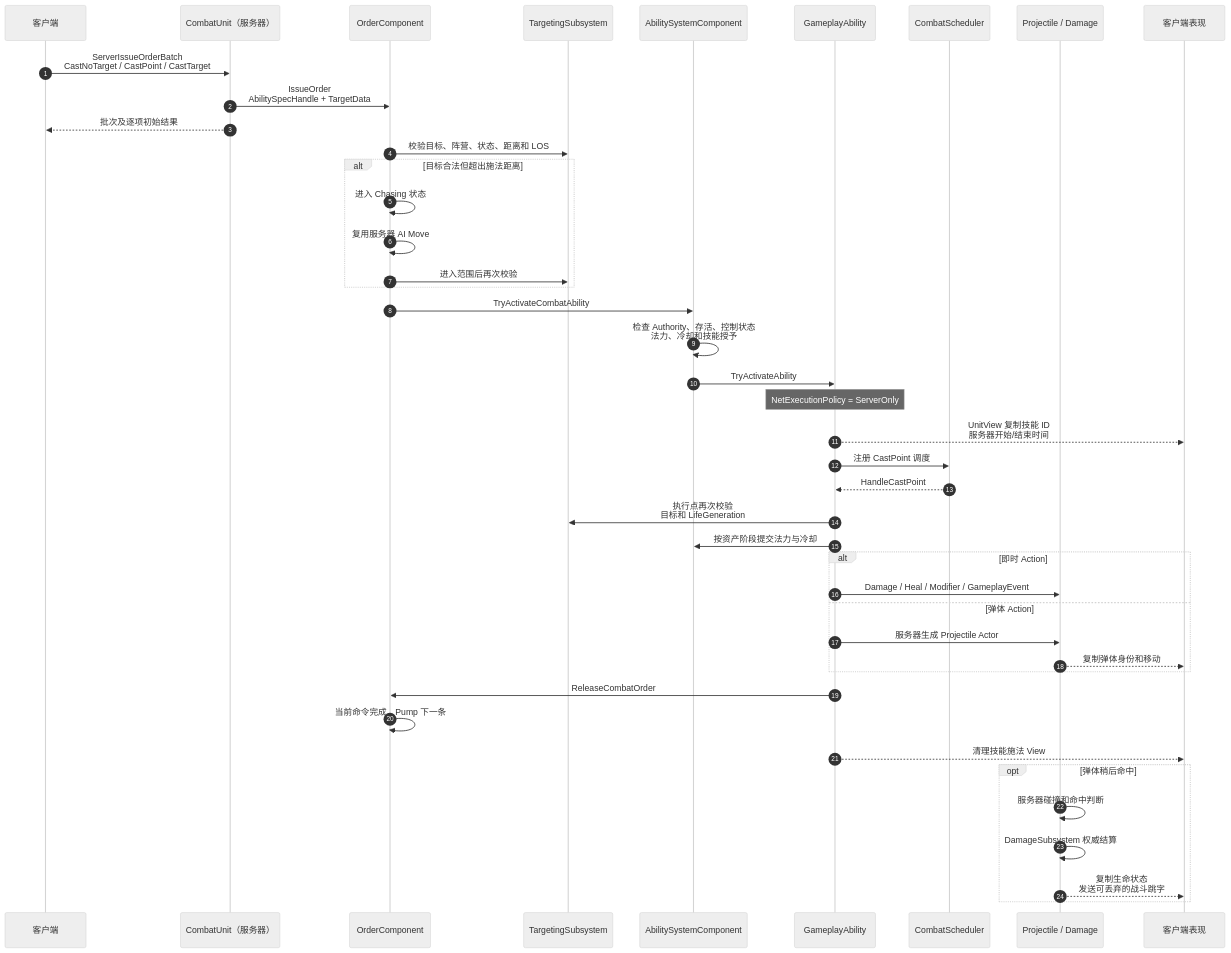
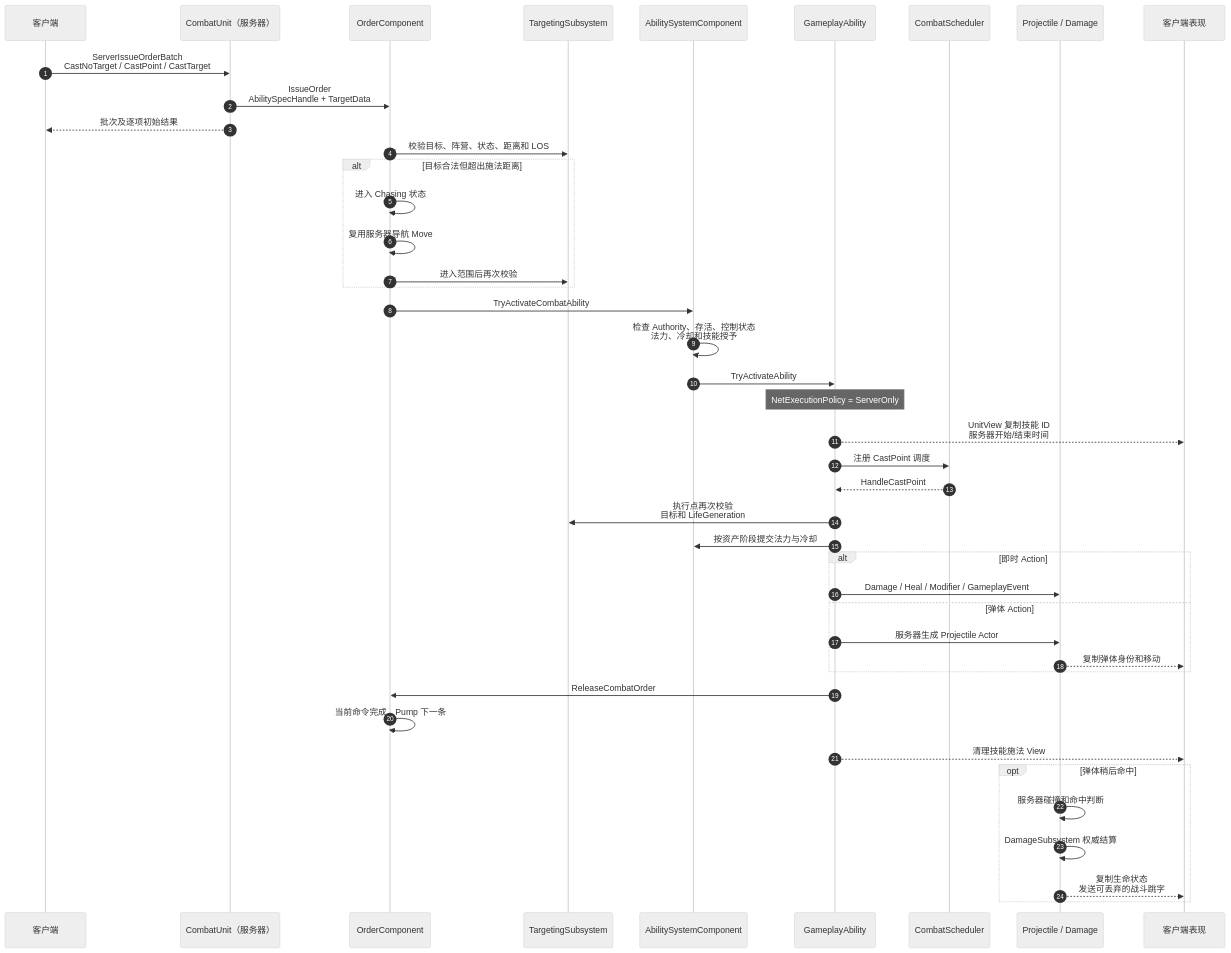
Before and after one commit to invokerw/ue_gas: the second of 2 diagrams in Doc/CombatSystem/34-Client-Server-Interaction.md, drawn with Mermaid (neutral theme). The commit also changed other lines of this file and 10 other files, not shown here.

````diff
--- a/Doc/CombatSystem/34-Client-Server-Interaction.md
+++ b/Doc/CombatSystem/34-Client-Server-Interaction.md
@@ -117,54 +125,54 @@
 ```mermaid
 sequenceDiagram
     autonumber
     participant C as 客户端
     participant U as CombatUnit（服务器）
     participant O as OrderComponent
     participant T as TargetingSubsystem
     participant ASC as AbilitySystemComponent
     participant GA as GameplayAbility
     participant S as CombatScheduler
     participant P as Projectile / Damage
     participant V as 客户端表现
 
     C->>U: ServerIssueOrderBatch<br/>CastNoTarget / CastPoint / CastTarget
     U->>O: IssueOrder<br/>AbilitySpecHandle + TargetData
     U-->>C: 批次及逐项初始结果
 
     O->>T: 校验目标、阵营、状态、距离和 LOS
 
     alt 目标合法但超出施法距离
         O->>O: 进入 Chasing 状态
-        O->>O: 复用服务器 AI Move
+        O->>O: 复用服务器导航 Move
         O->>T: 进入范围后再次校验
     end
 
     O->>ASC: TryActivateCombatAbility
     ASC->>ASC: 检查 Authority、存活、控制状态<br/>法力、冷却和技能授予
     ASC->>GA: TryActivateAbility
     Note over GA: NetExecutionPolicy = ServerOnly
 
     GA-->>V: UnitView 复制技能 ID<br/>服务器开始/结束时间
     GA->>S: 注册 CastPoint 调度
     S-->>GA: HandleCastPoint
 
     GA->>T: 执行点再次校验<br/>目标和 LifeGeneration
     GA->>ASC: 按资产阶段提交法力与冷却
 
     alt 即时 Action
         GA->>P: Damage / Heal / Modifier / GameplayEvent
     else 弹体 Action
         GA->>P: 服务器生成 Projectile Actor
         P-->>V: 复制弹体身份和移动
     end
 
     GA->>O: ReleaseCombatOrder
     O->>O: 当前命令完成，Pump 下一条
     GA-->>V: 清理技能施法 View
 
     opt 弹体稍后命中
         P->>P: 服务器碰撞和命中判断
         P->>P: DamageSubsystem 权威结算
         P-->>V: 复制生命状态<br/>发送可丢弃的战斗跳字
     end
 ```
````
